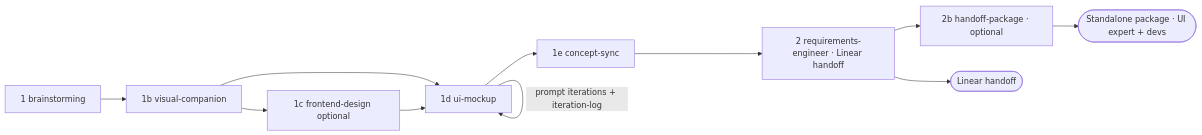
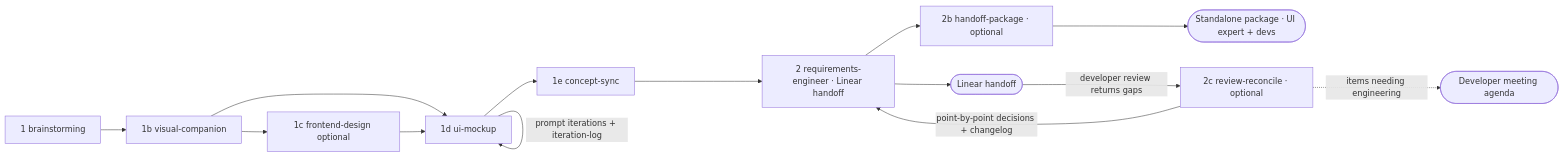
Before and after one commit to silviobeer/agentic-development-skill-chain: the diagram in docs/pm-chain.md, drawn with Mermaid. The commit also changed other lines of this file and 8 other files, not shown here.

First line of the commit message:
feat(2c): add review-reconcile skill for resolving PRD review gaps

````diff
--- a/docs/pm-chain.md
+++ b/docs/pm-chain.md
@@ -7,13 +7,16 @@
 ```mermaid
 flowchart LR
   S1[1 brainstorming] --> S1B[1b visual-companion]
   S1B --> S1C[1c frontend-design optional]
   S1B --> S1D[1d ui-mockup]
   S1C --> S1D
   S1D -->|prompt iterations + iteration-log| S1D
   S1D --> S1E[1e concept-sync]
   S1E --> S2[2 requirements-engineer · Linear handoff]
   S2 --> S2B[2b handoff-package · optional]
   S2 --> LIN([Linear handoff])
   S2B --> EXT([Standalone package · UI expert + devs])
+  LIN -->|developer review returns gaps| S2C[2c review-reconcile · optional]
+  S2C -->|point-by-point decisions + changelog| S2
+  S2C -.->|items needing engineering| MTG([Developer meeting agenda])
 ```
````
